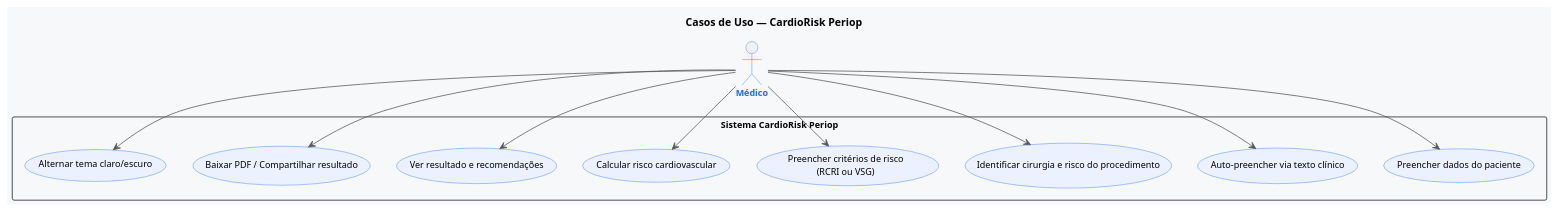
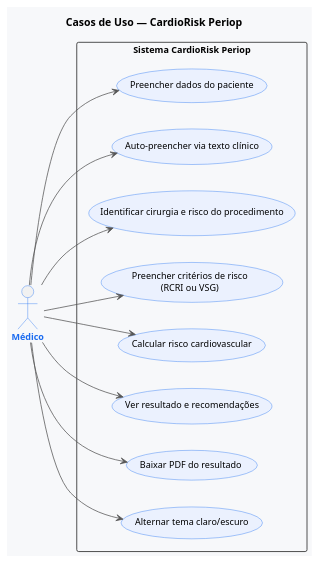
One commit to GustavoFrossard/Cardio-Risk-Calc changed the diagram in diagramas/use_case.puml. Above: the diagram before and after it, drawn with PlantUML. The commit also changed 1 other file, not shown here.

Commit message:
Use case diagram: drop sharing, keep PDF download
The "Baixar PDF / Compartilhar resultado" case covered a feature the
product does not have. Narrowed it to "Baixar PDF do resultado".

Also switch to left-to-right layout so the actor sits beside the cases
instead of above them, and rename the @startuml id to use_case so the
renderer writes back to use_case.png instead of a new file.

```diff
--- a/diagramas/use_case.puml
+++ b/diagramas/use_case.puml
@@ -1,44 +1,46 @@
-@startuml CardioRisk_CasosDeUso
+@startuml use_case
 title Casos de Uso — CardioRisk Periop
+
+left to right direction
 
 skinparam backgroundColor #F7F8FA
 skinparam defaultFontName Segoe UI
 skinparam defaultFontSize 12
 
 skinparam actor {
   BorderColor #1A6BF0
   FontColor   #1A6BF0
   FontStyle   bold
 }
 
 skinparam usecase {
   BorderColor       #1A6BF0
   BackgroundColor   #EBF1FE
   FontSize          12
 }
 
 skinparam ArrowColor  #555555
 
 actor "Médico" as medico
 
 rectangle "Sistema CardioRisk Periop" {
   usecase "Preencher dados do paciente"                  as UC1
   usecase "Auto-preencher via texto clínico"              as UC2
   usecase "Identificar cirurgia e risco do procedimento"  as UC3
   usecase "Preencher critérios de risco\n(RCRI ou VSG)"   as UC4
   usecase "Calcular risco cardiovascular"                 as UC5
   usecase "Ver resultado e recomendações"                 as UC6
-  usecase "Baixar PDF / Compartilhar resultado"           as UC7
+  usecase "Baixar PDF do resultado"                       as UC7
   usecase "Alternar tema claro/escuro"                    as UC8
 }
 
 medico --> UC1
 medico --> UC2
 medico --> UC3
 medico --> UC4
 medico --> UC5
 medico --> UC6
 medico --> UC7
 medico --> UC8
 
 @enduml
```
